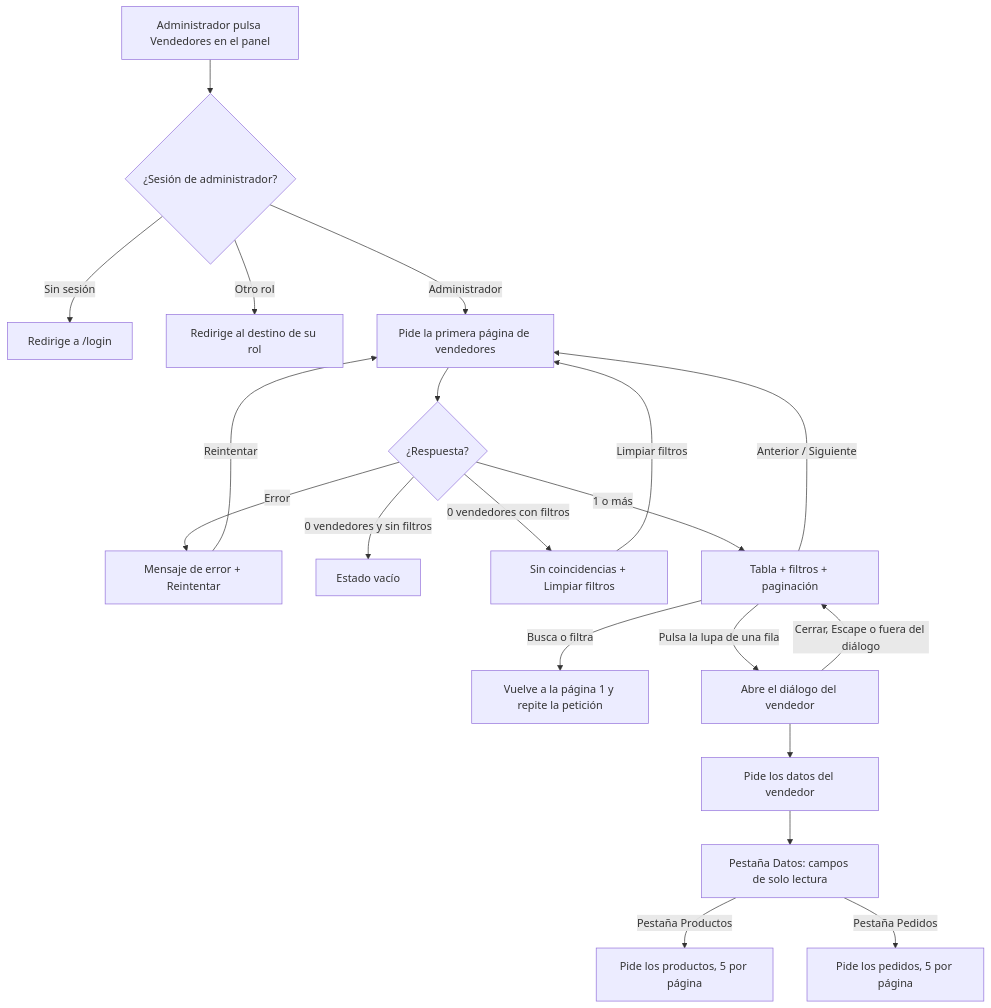
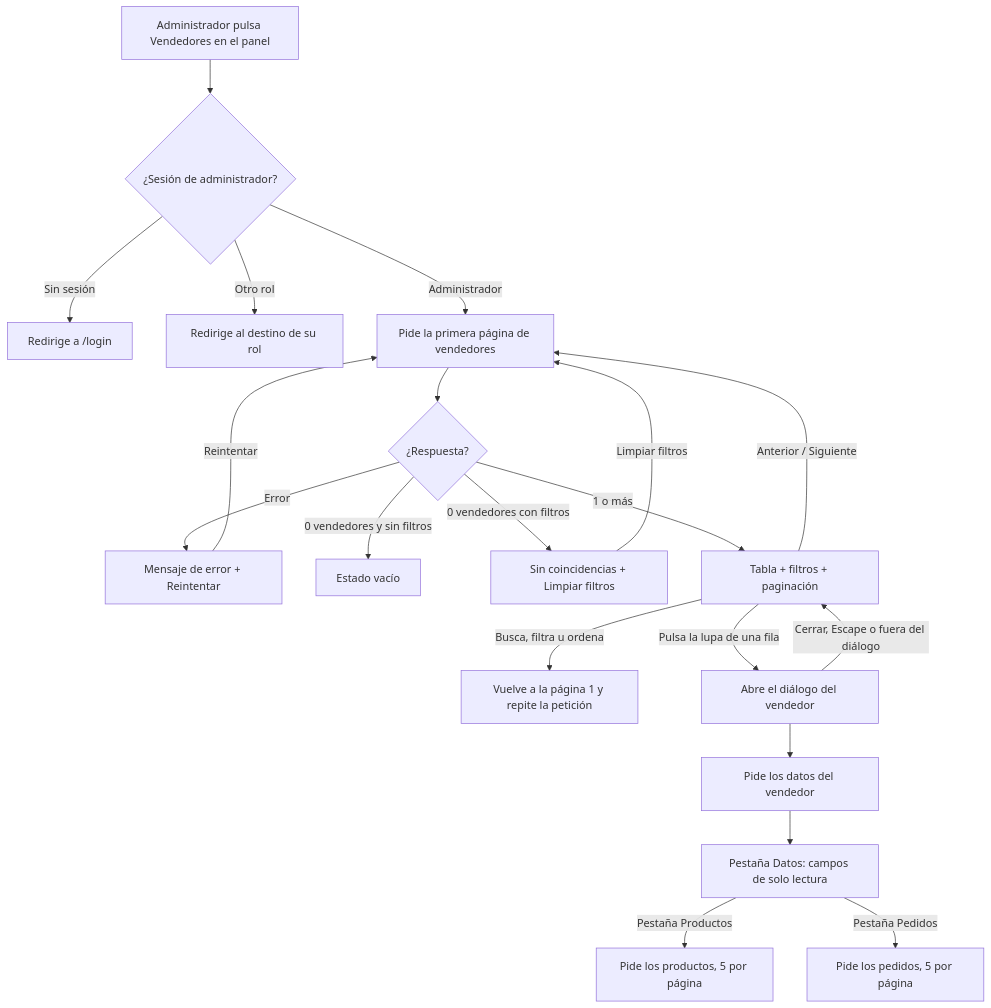
The first of 2 diagrams in frontend/docs/hu26-supervision-vendedores.md (cocoft583/ESIBuy), drawn with Mermaid before and after one commit. The commit also changed other lines of this file, not shown here.

````diff
--- a/frontend/docs/hu26-supervision-vendedores.md
+++ b/frontend/docs/hu26-supervision-vendedores.md
@@ -36,22 +48,22 @@
 ```mermaid
 flowchart TD
     A[Administrador pulsa Vendedores en el panel] --> B{¿Sesión de administrador?}
     B -- Sin sesión --> L[Redirige a /login]
     B -- Otro rol --> R[Redirige al destino de su rol]
     B -- Administrador --> C[Pide la primera página de vendedores]
     C --> D{¿Respuesta?}
     D -- Error --> E[Mensaje de error + Reintentar]
     E -- Reintentar --> C
     D -- 0 vendedores y sin filtros --> F[Estado vacío]
     D -- 0 vendedores con filtros --> G[Sin coincidencias + Limpiar filtros]
     D -- 1 o más --> H[Tabla + filtros + paginación]
-    H -- Busca o filtra --> I[Vuelve a la página 1 y repite la petición]
+    H -- Busca, filtra u ordena --> I[Vuelve a la página 1 y repite la petición]
     H -- Anterior / Siguiente --> C
     G -- Limpiar filtros --> C
     H -- Pulsa la lupa de una fila --> M[Abre el diálogo del vendedor]
     M --> N[Pide los datos del vendedor]
     N --> O[Pestaña Datos: campos de solo lectura]
     O -- Pestaña Productos --> P[Pide los productos, 5 por página]
     O -- Pestaña Pedidos --> Q[Pide los pedidos, 5 por página]
     M -- Cerrar, Escape o fuera del diálogo --> H
 ```
````
